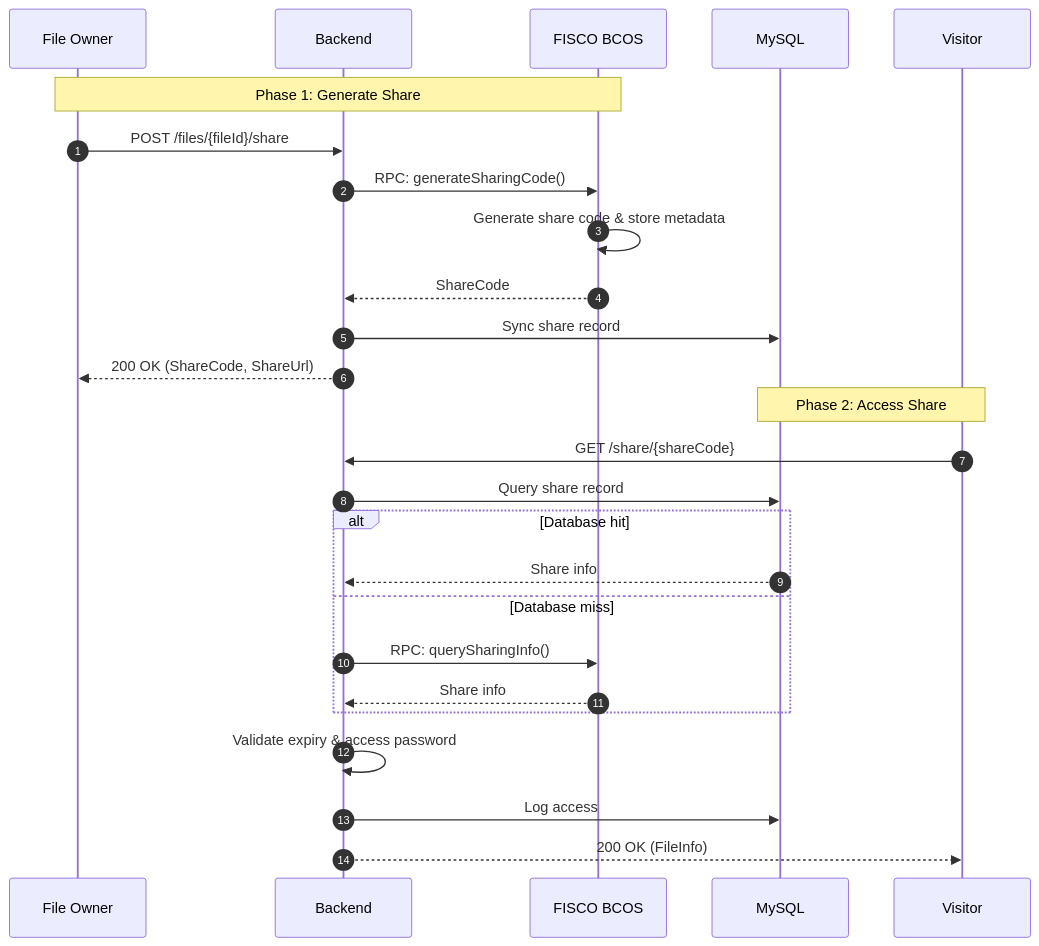
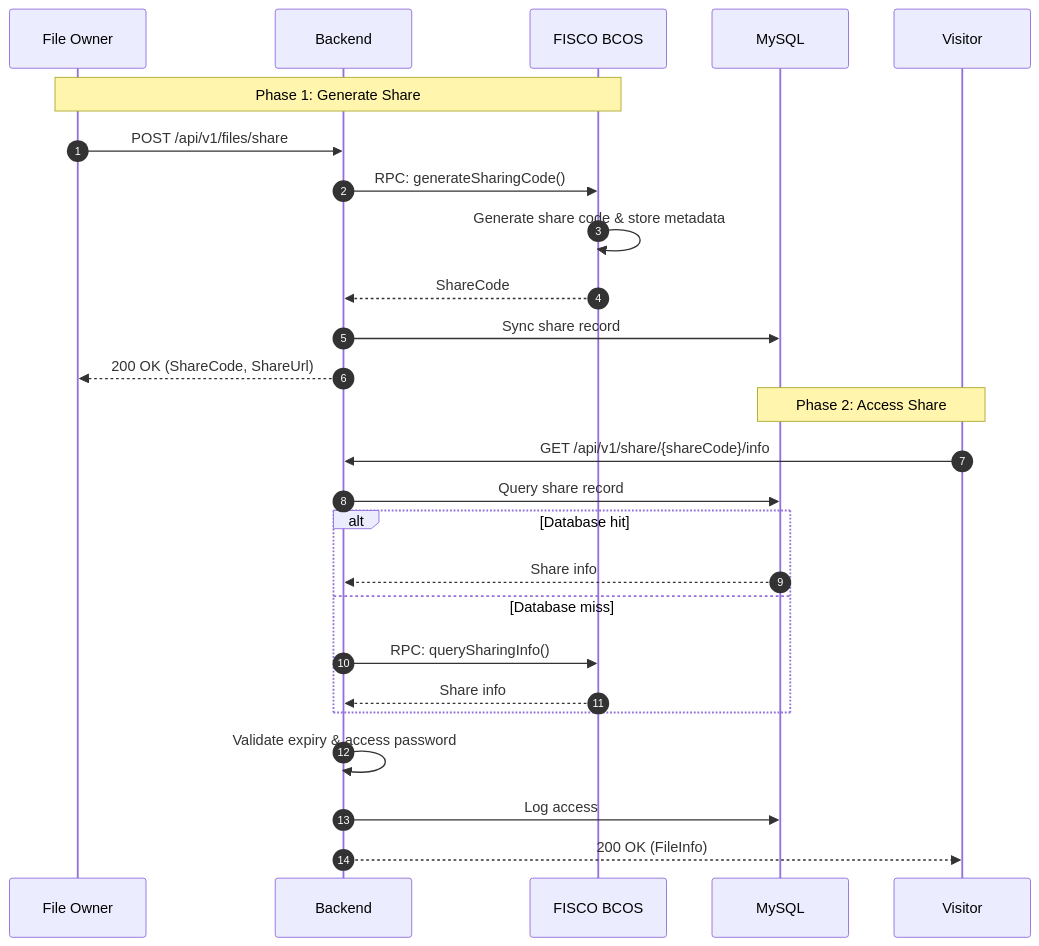
One commit to SoarCollab/RecordPlatform changed the fourth of 9 diagrams in docs/en/architecture/system-overview.md. Above: the diagram before and after it, drawn with Mermaid. The commit also changed other lines of this file and 5 other files, not shown here.

Commit message:
docs: align API docs with backend controllers

````diff
--- a/docs/en/architecture/system-overview.md
+++ b/docs/en/architecture/system-overview.md
@@ -175,31 +179,31 @@
 ```mermaid
 sequenceDiagram
     autonumber
 
     participant Owner as File Owner
     participant Backend
     participant Chain as FISCO BCOS
     participant DB as MySQL
     participant Visitor
 
     Note over Owner, Chain: Phase 1: Generate Share
-    Owner->>Backend: POST /files/{fileId}/share
+    Owner->>Backend: POST /api/v1/files/share
     Backend->>Chain: RPC: generateSharingCode()
     Chain->>Chain: Generate share code & store metadata
     Chain-->>Backend: ShareCode
     Backend->>DB: Sync share record
     Backend-->>Owner: 200 OK (ShareCode, ShareUrl)
 
     Note over Visitor, DB: Phase 2: Access Share
-    Visitor->>Backend: GET /share/{shareCode}
+    Visitor->>Backend: GET /api/v1/share/{shareCode}/info
     Backend->>DB: Query share record
     alt Database hit
         DB-->>Backend: Share info
     else Database miss
         Backend->>Chain: RPC: querySharingInfo()
         Chain-->>Backend: Share info
     end
     Backend->>Backend: Validate expiry & access password
     Backend->>DB: Log access
     Backend-->>Visitor: 200 OK (FileInfo)
 ```
````
